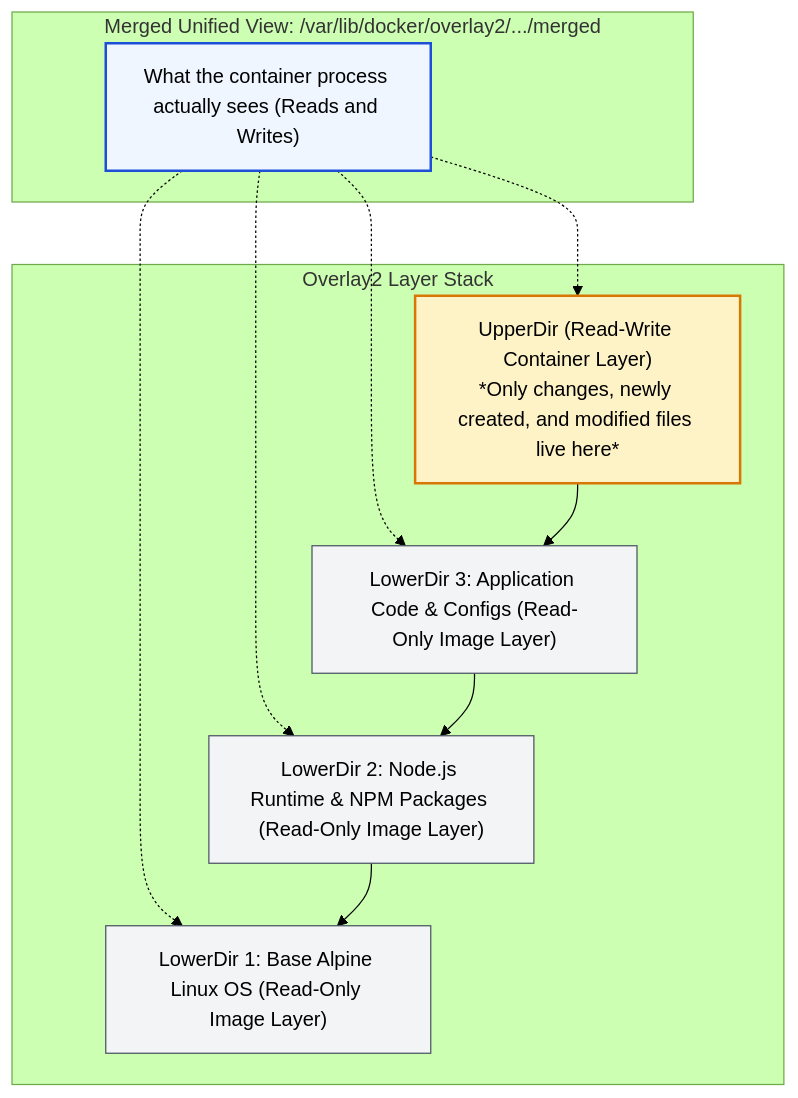
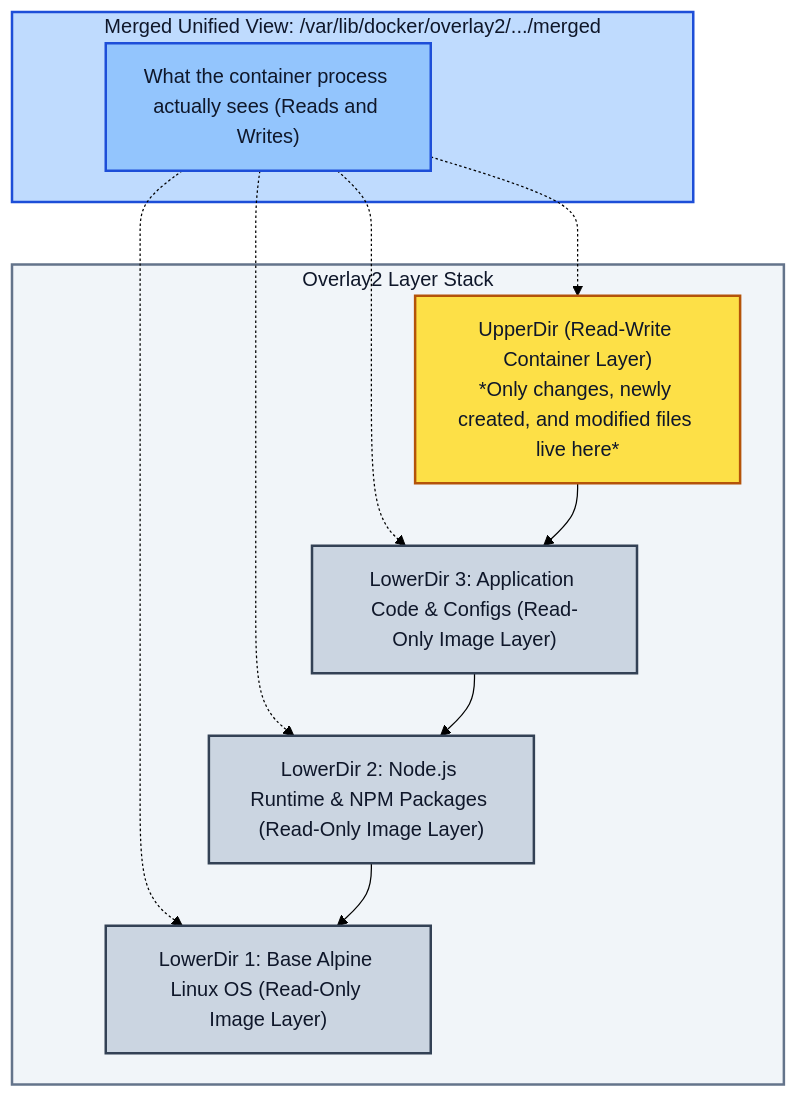
One commit to PandeyKishan/Study-Notes changed the sixth of 7 diagrams in 01-Docker/01-Core-Concepts-and-Architecture.md. Above: the diagram before and after it, drawn with Mermaid (forest theme). The commit also changed other lines of this file and 22 other files, not shown here.

Commit message:
docs: enhance diagram visibility with high-contrast palette and add concise book definitions

````diff
--- a/01-Docker/01-Core-Concepts-and-Architecture.md
+++ b/01-Docker/01-Core-Concepts-and-Architecture.md
@@ -269,28 +278,30 @@
 ```mermaid
 flowchart TD
     subgraph Merged_View["Merged Unified View: /var/lib/docker/overlay2/.../merged"]
         MV["What the container process actually sees (Reads and Writes)"]
     end
 
     subgraph Layers["Overlay2 Layer Stack"]
         Upper["UpperDir (Read-Write Container Layer)\n*Only changes, newly created, and modified files live here*"]
         Lower3["LowerDir 3: Application Code & Configs (Read-Only Image Layer)"]
         Lower2["LowerDir 2: Node.js Runtime & NPM Packages (Read-Only Image Layer)"]
         Lower1["LowerDir 1: Base Alpine Linux OS (Read-Only Image Layer)"]
     end
 
     MV -.-> Upper
     MV -.-> Lower3
     MV -.-> Lower2
     MV -.-> Lower1
 
     Upper --> Lower3
     Lower3 --> Lower2
     Lower2 --> Lower1
 
-    style MV fill:#eff6ff,stroke:#1d4ed8,stroke-width:2px
-    style Upper fill:#fef3c7,stroke:#d97706,stroke-width:2px
-    style Lower3 fill:#f3f4f6,stroke:#4b5563,stroke-width:1px
-    style Lower2 fill:#f3f4f6,stroke:#4b5563,stroke-width:1px
-    style Lower1 fill:#f3f4f6,stroke:#4b5563,stroke-width:1px
+    style Merged_View fill:#bfdbfe,stroke:#1d4ed8,stroke-width:2px,color:#0f172a
+    style MV fill:#93c5fd,stroke:#1d4ed8,stroke-width:2px,color:#0f172a
+    style Layers fill:#f1f5f9,stroke:#64748b,stroke-width:2px,color:#0f172a
+    style Upper fill:#fde047,stroke:#b45309,stroke-width:2px,color:#0f172a
+    style Lower3 fill:#cbd5e1,stroke:#334155,stroke-width:2px,color:#0f172a
+    style Lower2 fill:#cbd5e1,stroke:#334155,stroke-width:2px,color:#0f172a
+    style Lower1 fill:#cbd5e1,stroke:#334155,stroke-width:2px,color:#0f172a
 ```
````
